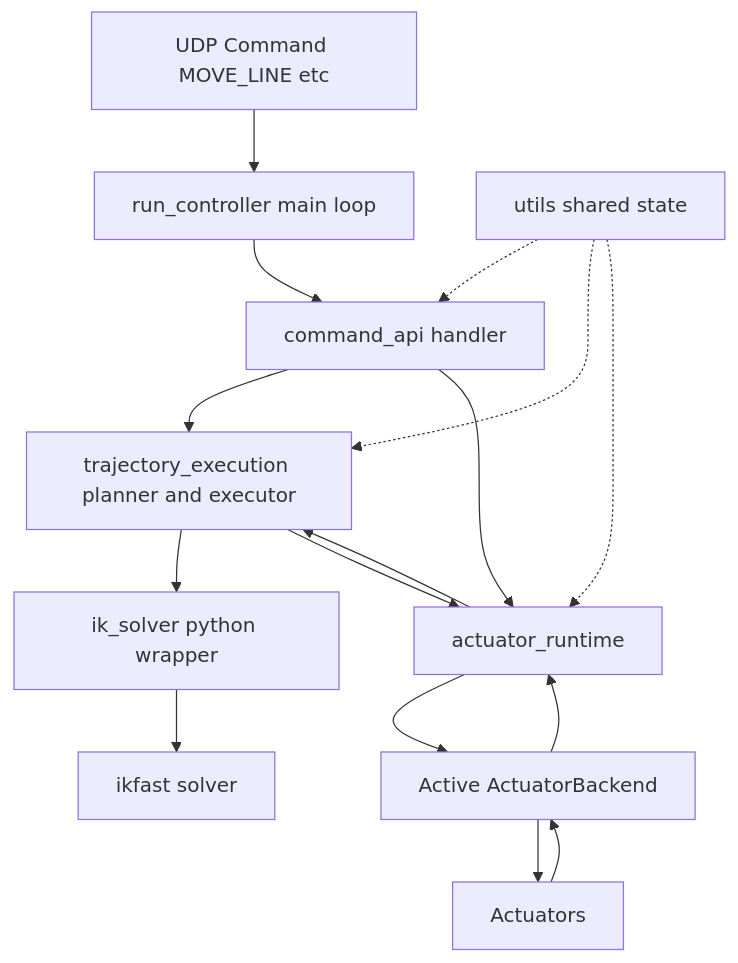
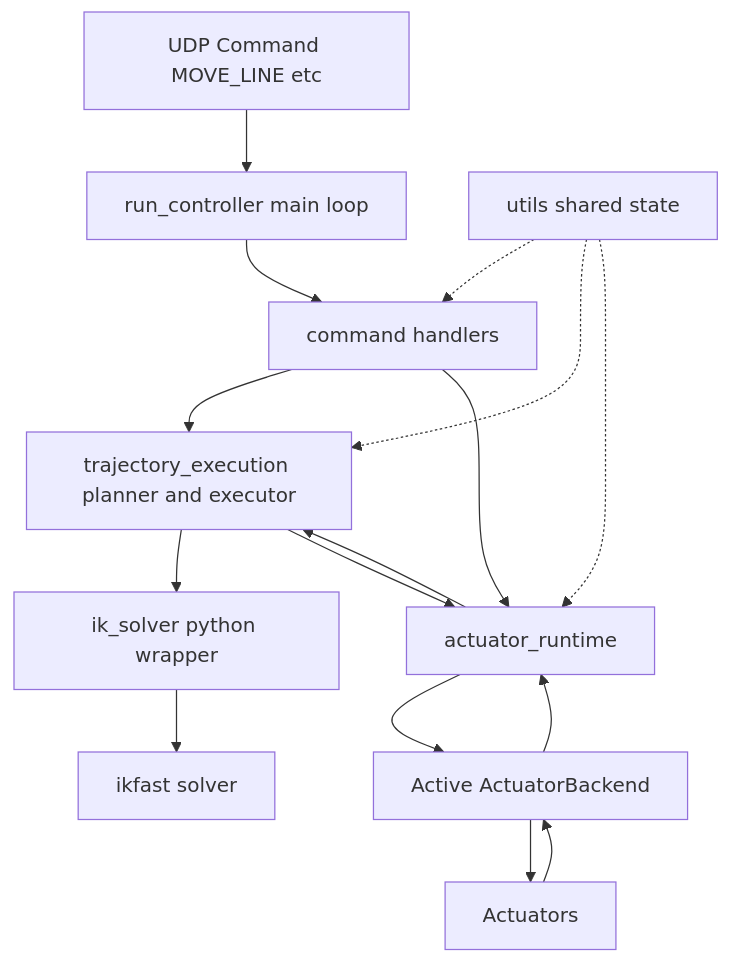
Before and after one commit to Dembry123/GradientOS: the second of 3 diagrams in docs/README.md, drawn with Mermaid. The commit also changed other lines of this file and 13 other files, not shown here.

````diff
--- a/docs/README.md
+++ b/docs/README.md
@@ -376,18 +376,18 @@
 ```mermaid
 flowchart TD
     A[UDP Command MOVE_LINE etc] --> B[run_controller main loop]
-    B --> C[command_api handler]
+    B --> C[command handlers]
     C --> D[trajectory_execution planner and executor]
     D --> E[ik_solver python wrapper]
     E --> F[ikfast solver]
     C --> G[actuator_runtime]
     D --> G
     G --> H[Active ActuatorBackend]
     H --> I[Actuators]
     I --> H
     H --> G
     G --> D
     J[utils shared state] -.-> C
     J -.-> D
     J -.-> G
 ```
````
